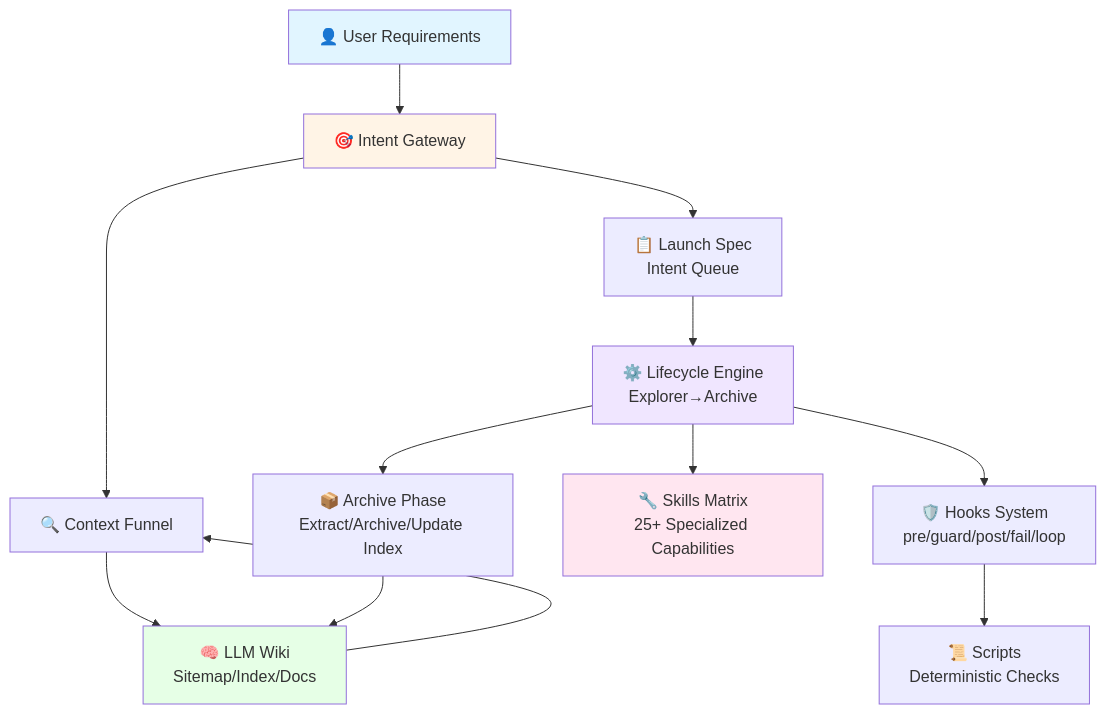
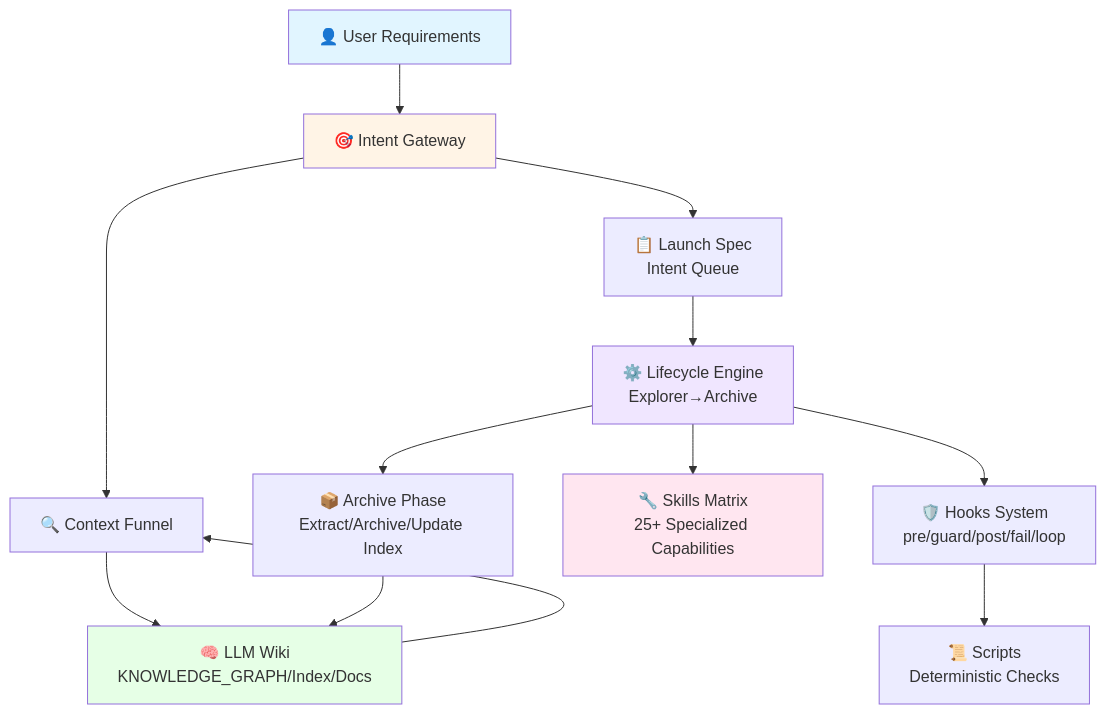
The first of 4 diagrams in README.md (listener-He/java-harness-agent), drawn with Mermaid before and after one commit. The commit also changed other lines of this file, not shown here.

````diff
--- a/README.md
+++ b/README.md
@@ -39,20 +39,20 @@
 ```mermaid
 flowchart TB
     User[👤 User Requirements] --> IG[🎯 Intent Gateway]
     IG --> CF[🔍 Context Funnel]
-    CF --> Wiki[🧠 LLM Wiki<br/>Sitemap/Index/Docs]
+    CF --> Wiki[🧠 LLM Wiki<br/>KNOWLEDGE_GRAPH/Index/Docs]
     IG --> LS[📋 Launch Spec<br/>Intent Queue]
     LS --> LC[⚙️ Lifecycle Engine<br/>Explorer→Archive]
     LC --> HK[🛡️ Hooks System<br/>pre/guard/post/fail/loop]
     LC --> Skills[🔧 Skills Matrix<br/>25+ Specialized Capabilities]
     HK --> Scripts[📜 Scripts<br/>Deterministic Checks]
     LC --> Archive[📦 Archive Phase<br/>Extract/Archive/Update Index]
     Archive --> Wiki
     Wiki --> CF
     
     style User fill:#e1f5ff
     style IG fill:#fff4e6
     style LC fill:#f0e6ff
     style Wiki fill:#e6ffe6
     style Skills fill:#ffe6f0
 ```
````
